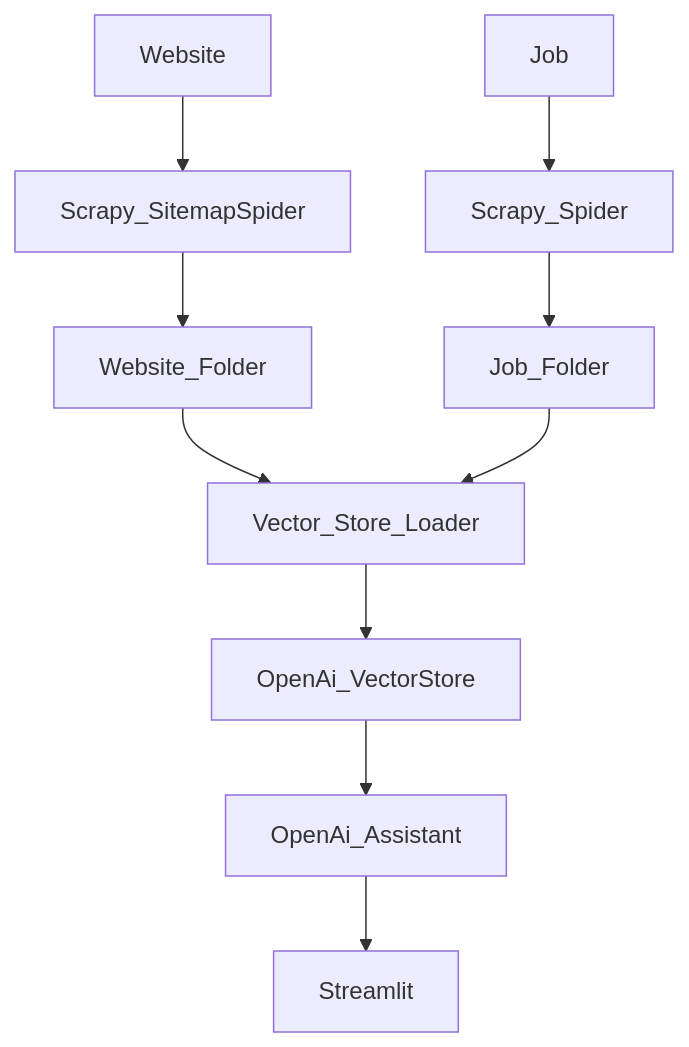
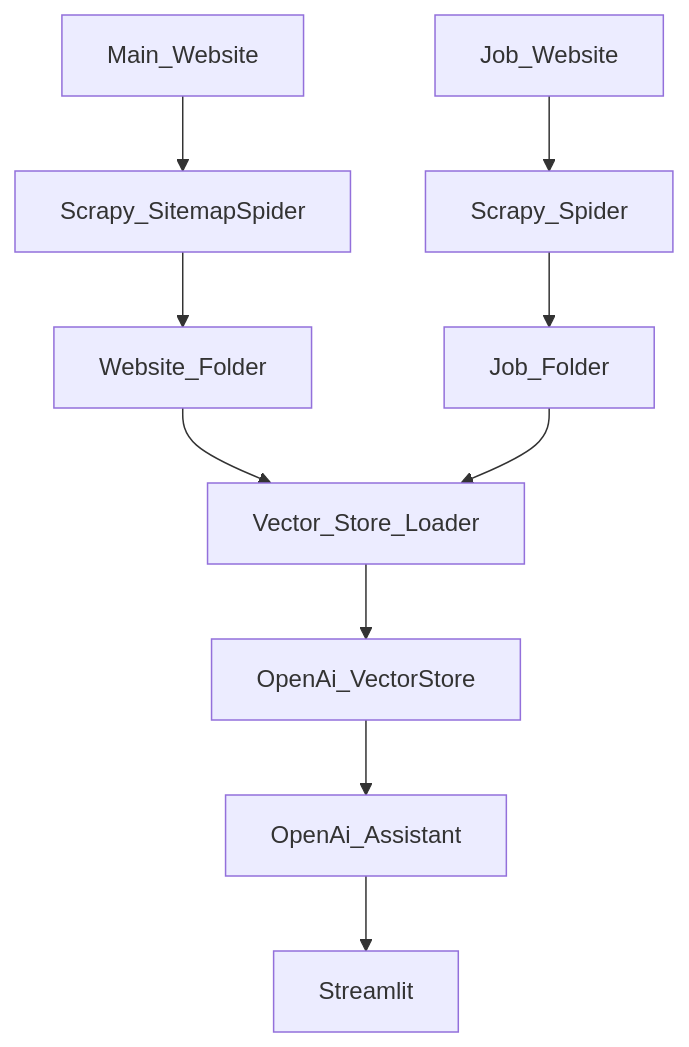
The diagram in README.md (NathNacht/regelgeving-bot), drawn with Mermaid before and after one commit.

Commit message:
mermaid test

````diff
--- a/README.md
+++ b/README.md
@@ -1,12 +1,12 @@
 ```mermaid
 graph TD;
-    Website-->Scrapy_SitemapSpider;
-    Job-->Scrapy_Spider;
+    Main_Website-->Scrapy_SitemapSpider;
+    Job_Website-->Scrapy_Spider;
     Scrapy_SitemapSpider-->Website_Folder;
     Scrapy_Spider-->Job_Folder;
     Website_Folder-->Vector_Store_Loader;
     Job_Folder-->Vector_Store_Loader;
     Vector_Store_Loader-->OpenAi_VectorStore;
     OpenAi_VectorStore-->OpenAi_Assistant;
     OpenAi_Assistant-->Streamlit;
 ```
````
